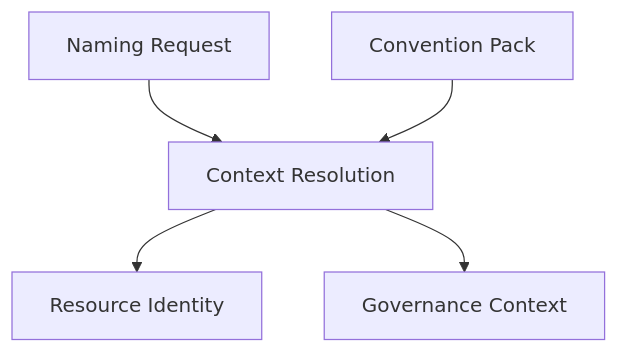
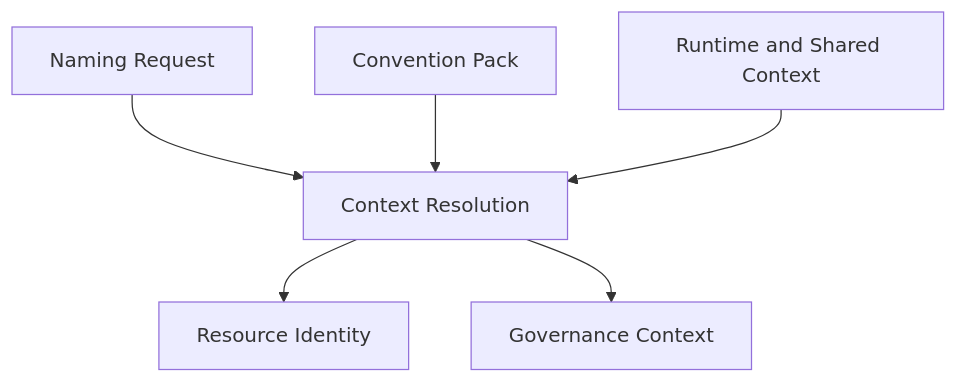
The diagram in specification/context-resolution.md (lksnext/iac-resource-conventions), drawn with Mermaid before and after one commit. The commit also changed other lines of this file and 12 other files, not shown here.

````diff
--- a/specification/context-resolution.md
+++ b/specification/context-resolution.md
@@ -120,7 +277,8 @@
 ```mermaid
 flowchart TD
     NR["Naming Request"] --> CR["Context Resolution"]
     CP["Convention Pack"] --> CR
+    RC["Runtime and Shared Context"] --> CR
     CR --> RI["Resource Identity"]
     CR --> GC["Governance Context"]
 ```
````
